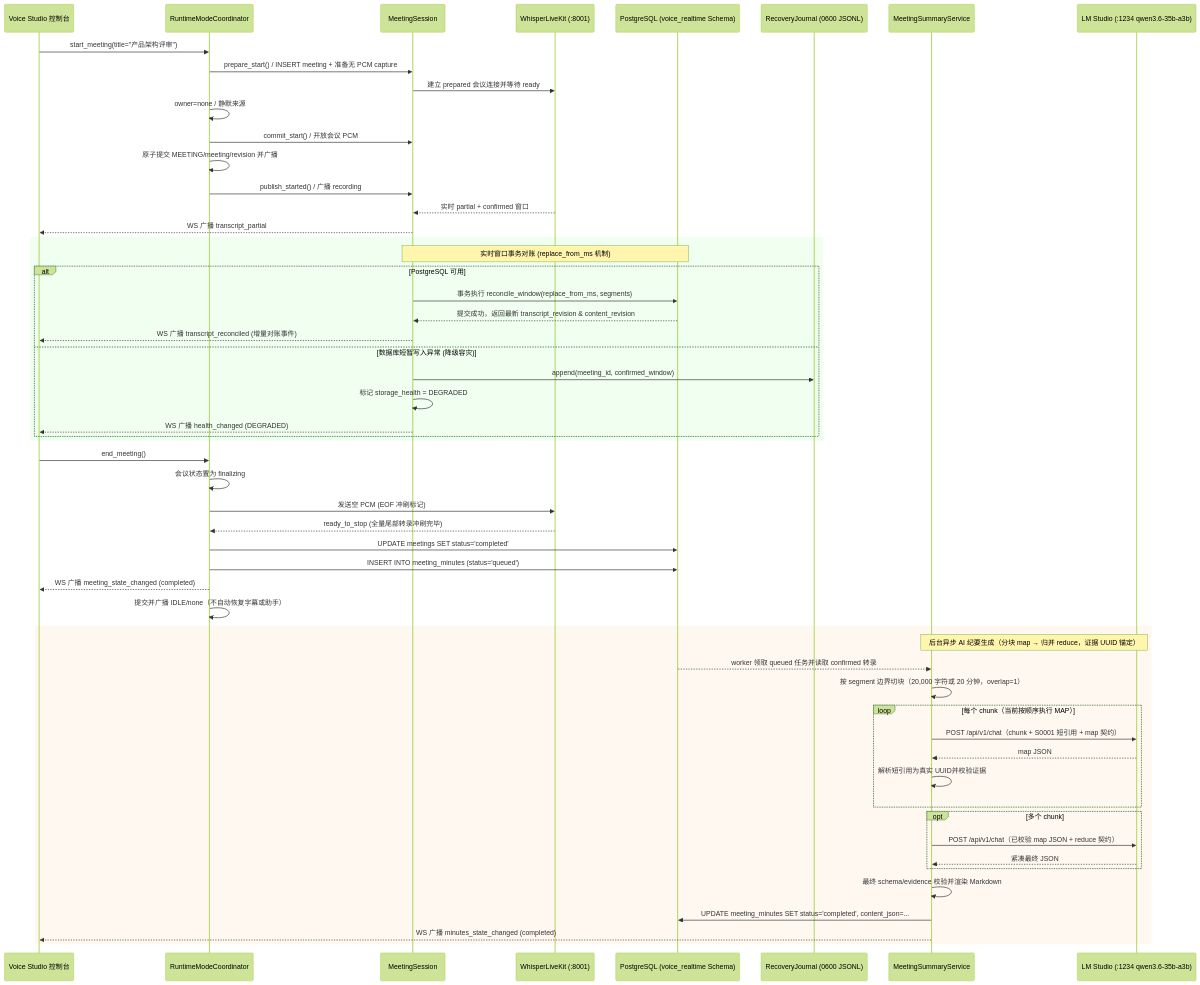
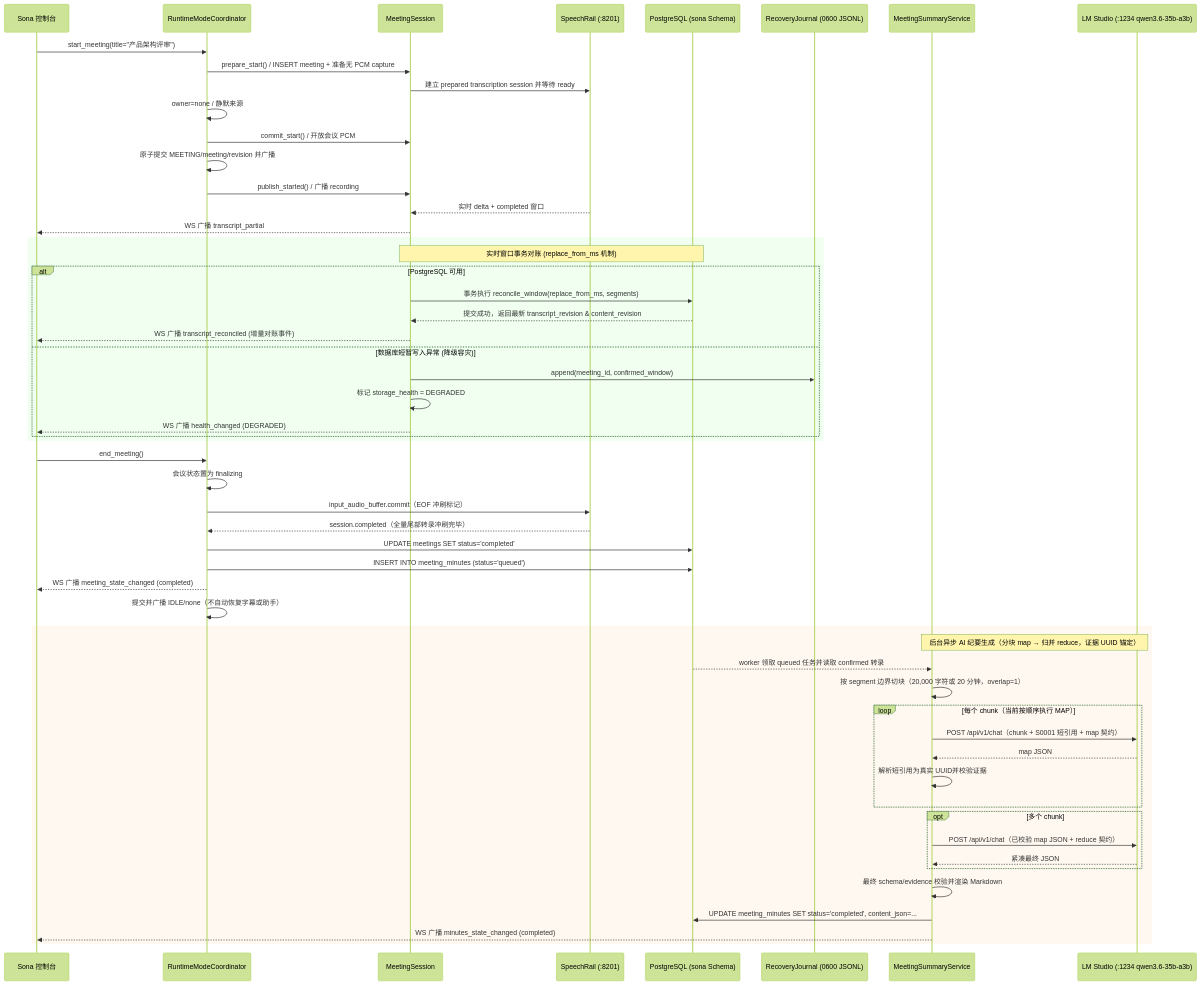
One commit to hrygo/voice-realtime changed the tenth of 13 diagrams in docs/architecture/系统总体架构与详细设计方案.md. Above: the diagram before and after it, drawn with Mermaid (forest theme). The commit also changed other lines of this file and 495 other files, not shown here.

First line of the commit message:
Merge pull request #3 from hrygo/refactor/clean-architecture-and-docs

````diff
--- a/docs/architecture/系统总体架构与详细设计方案.md
+++ b/docs/architecture/系统总体架构与详细设计方案.md
@@ -559,61 +566,61 @@
 ```mermaid
 sequenceDiagram
-    participant UI as Voice Studio 控制台
+    participant UI as Sona 控制台
     participant RT as RuntimeModeCoordinator
     participant MS as MeetingSession
-    participant WLK as WhisperLiveKit (:8001)
-    participant PG as PostgreSQL (voice_realtime Schema)
+    participant SR as SpeechRail (:8201)
+    participant PG as PostgreSQL (sona Schema)
     participant RJ as RecoveryJournal (0600 JSONL)
     participant SW as MeetingSummaryService
     participant LM as LM Studio (:1234 qwen3.6-35b-a3b)
 
     UI->>RT: start_meeting(title="产品架构评审")
     RT->>MS: prepare_start() / INSERT meeting + 准备无 PCM capture
-    MS->>WLK: 建立 prepared 会议连接并等待 ready
+    MS->>SR: 建立 prepared transcription session 并等待 ready
     RT->>RT: owner=none / 静默来源
     RT->>MS: commit_start() / 开放会议 PCM
     RT->>RT: 原子提交 MEETING/meeting/revision 并广播
     RT->>MS: publish_started() / 广播 recording
-    WLK-->>MS: 实时 partial + confirmed 窗口
+    SR-->>MS: 实时 delta + completed 窗口
     MS-->>UI: WS 广播 transcript_partial
 
     rect rgb(240, 255, 240)
     Note over MS,PG: 实时窗口事务对账 (replace_from_ms 机制)
     alt PostgreSQL 可用
         MS->>PG: 事务执行 reconcile_window(replace_from_ms, segments)
         PG-->>MS: 提交成功，返回最新 transcript_revision & content_revision
         MS-->>UI: WS 广播 transcript_reconciled (增量对账事件)
     else 数据库短暂写入异常 (降级容灾)
         MS->>RJ: append(meeting_id, confirmed_window)
         MS->>MS: 标记 storage_health = DEGRADED
         MS-->>UI: WS 广播 health_changed (DEGRADED)
     end
     end
 
     UI->>RT: end_meeting()
     RT->>RT: 会议状态置为 finalizing
-    RT->>WLK: 发送空 PCM (EOF 冲刷标记)
-    WLK-->>RT: ready_to_stop (全量尾部转录冲刷完毕)
+    RT->>SR: input_audio_buffer.commit（EOF 冲刷标记）
+    SR-->>RT: session.completed（全量尾部转录冲刷完毕）
     RT->>PG: UPDATE meetings SET status='completed'
     RT->>PG: INSERT INTO meeting_minutes (status='queued')
     RT-->>UI: WS 广播 meeting_state_changed (completed)
     RT->>RT: 提交并广播 IDLE/none（不自动恢复字幕或助手）
 
     rect rgb(255, 248, 240)
     Note over SW,LM: 后台异步 AI 纪要生成（分块 map → 归并 reduce，证据 UUID 锚定）
     PG-->>SW: worker 领取 queued 任务并读取 confirmed 转录
     SW->>SW: 按 segment 边界切块（20,000 字符或 20 分钟，overlap=1）
     loop 每个 chunk（当前按顺序执行 MAP）
         SW->>LM: POST /api/v1/chat（chunk + S0001 短引用 + map 契约）
         LM-->>SW: map JSON
         SW->>SW: 解析短引用为真实 UUID并校验证据
     end
     opt 多个 chunk
         SW->>LM: POST /api/v1/chat（已校验 map JSON + reduce 契约）
         LM-->>SW: 紧凑最终 JSON
     end
     SW->>SW: 最终 schema/evidence 校验并渲染 Markdown
     SW->>PG: UPDATE meeting_minutes SET status='completed', content_json=...
     SW-->>UI: WS 广播 minutes_state_changed (completed)
     end
 ```
````
